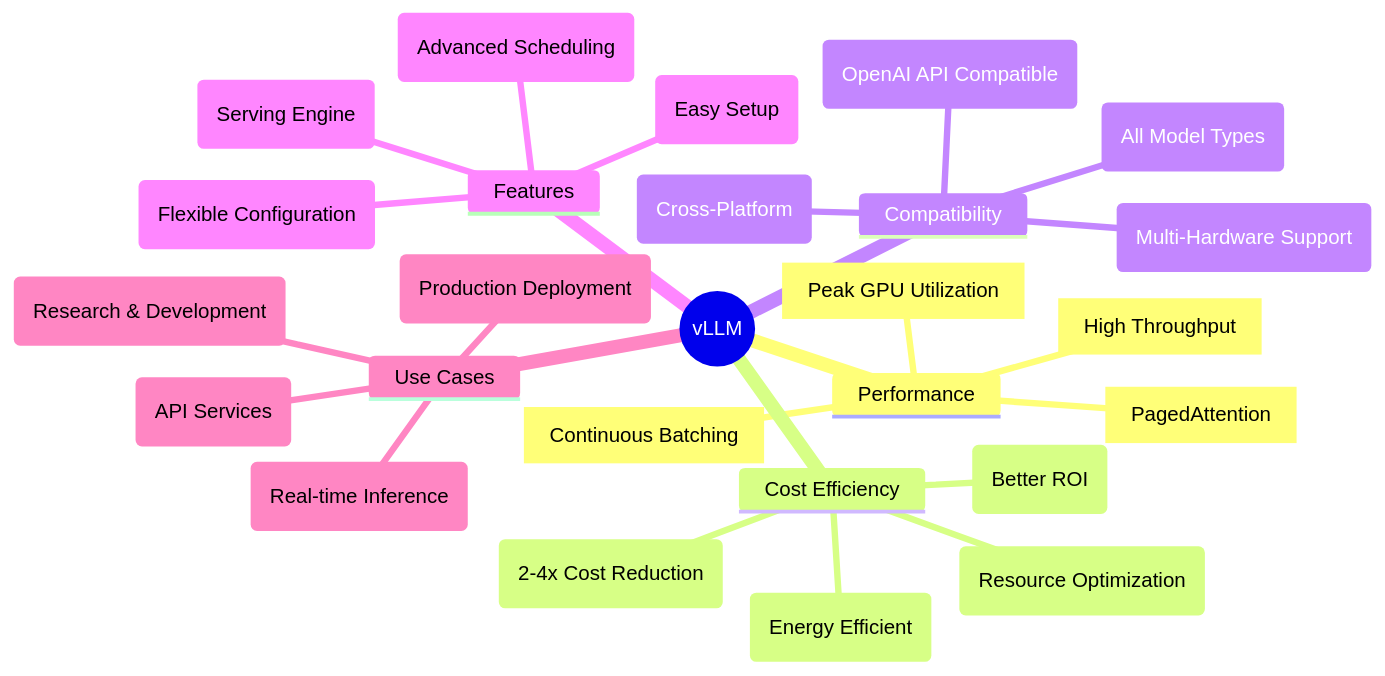
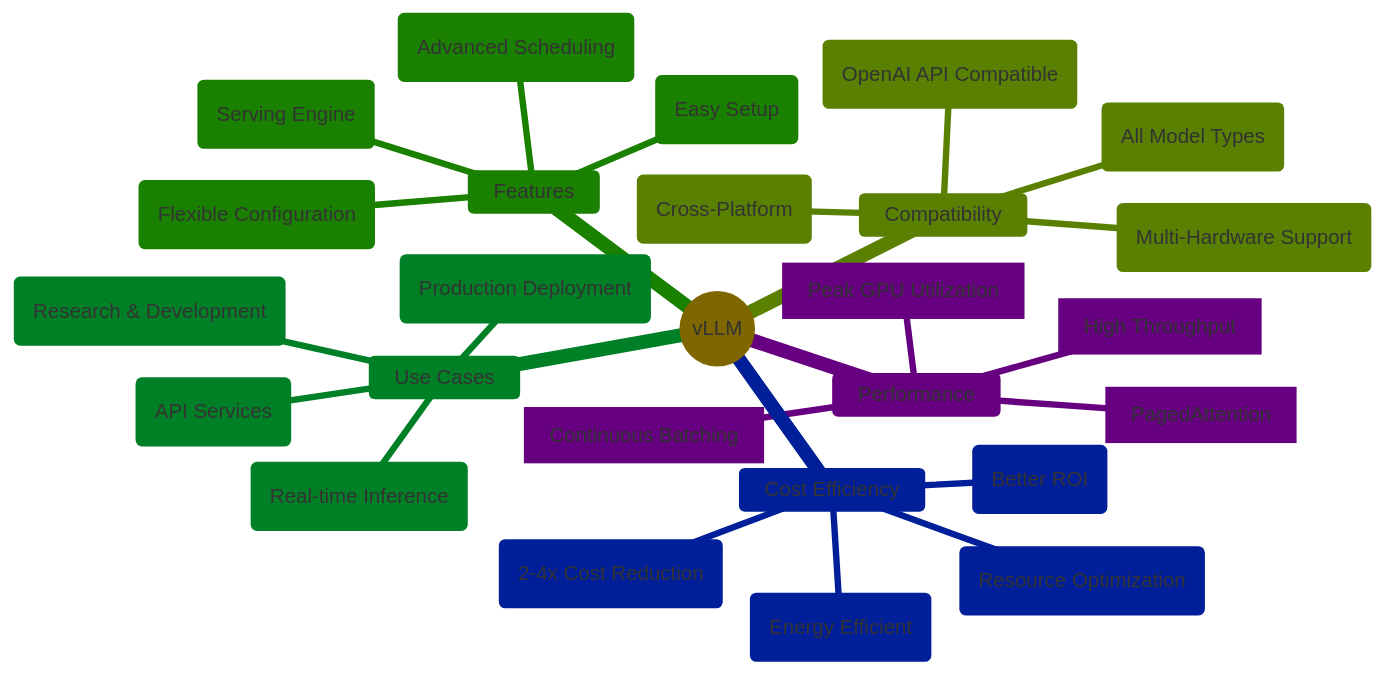
One commit to dongrelaxman/vLLM changed the diagram in README.md. Above: the diagram before and after it, drawn with Mermaid.

Commit message:
mermaid colour

````diff
--- a/README.md
+++ b/README.md
@@ -20,54 +20,55 @@
 ```mermaid
+%%{init: {'theme': 'base', 'themeVariables': { 'primaryColor': '#ffcc00'}}}%%
 mindmap
   root((vLLM))
 
     Performance
     
       [PagedAttention]
 
       [High Throughput]
 
       [Peak GPU Utilization]
 
       [Continuous Batching]
       
     Cost Efficiency
 
       (2-4x Cost Reduction)
 
       (Resource Optimization)
 
       (Energy Efficient)
 
       (Better ROI)
 
     Compatibility
 
       (OpenAI API Compatible)
 
       (All Model Types)
 
       (Multi-Hardware Support)
 
       (Cross-Platform)
 
     Features
 
       (Easy Setup)
 
       (Serving Engine)
 
       (Advanced Scheduling)
 
       (Flexible Configuration)
       
     Use Cases
 
       (Production Deployment)
       
       (Research & Development)
       
       (API Services)
       
       (Real-time Inference)
 ```
````
